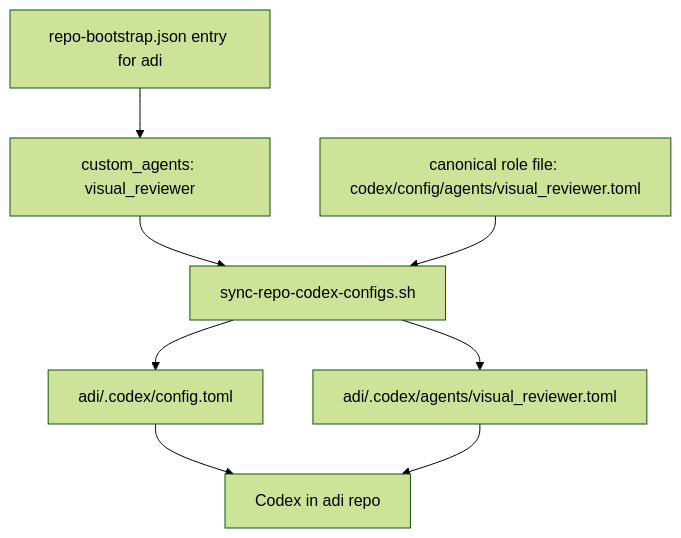
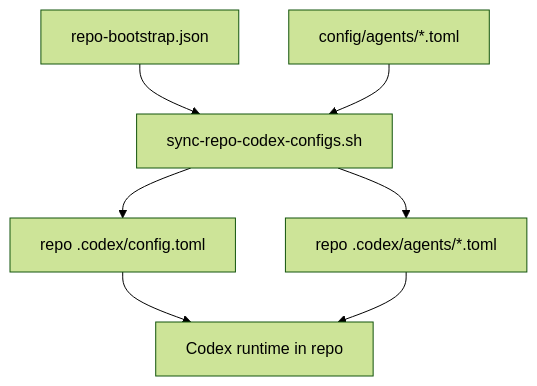
Before and after one commit to wisdom-in-a-nutshell/.agents: the diagram in docs/architecture/repo-scoped-agent-bootstrap.md, drawn with Mermaid (forest theme). The commit also changed other lines of this file and 40 other files, not shown here.

````diff
--- a/docs/architecture/repo-scoped-agent-bootstrap.md
+++ b/docs/architecture/repo-scoped-agent-bootstrap.md
@@ -202,18 +61,16 @@
 ```mermaid
 flowchart TD
-    A[repo-bootstrap.json entry for adi]
-    B[custom_agents: visual_reviewer]
-    C[canonical role file: codex/config/agents/visual_reviewer.toml]
-    D[sync-repo-codex-configs.sh]
-    E[adi/.codex/config.toml]
-    F[adi/.codex/agents/visual_reviewer.toml]
-    G[Codex in adi repo]
+    A[repo-bootstrap.json]
+    B[config/agents/*.toml]
+    C[sync-repo-codex-configs.sh]
+    D[repo .codex/config.toml]
+    E[repo .codex/agents/*.toml]
+    F[Codex runtime in repo]
 
-    A --> B
-    B --> D
+    A --> C
+    B --> C
     C --> D
-    D --> E
+    C --> E
     D --> F
-    E --> G
-    F --> G
+    E --> F
 ```
````
